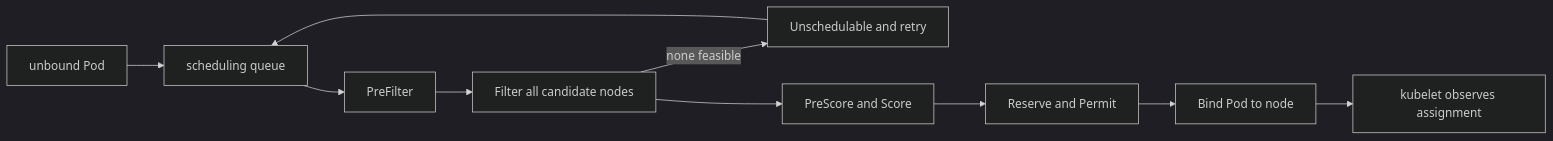
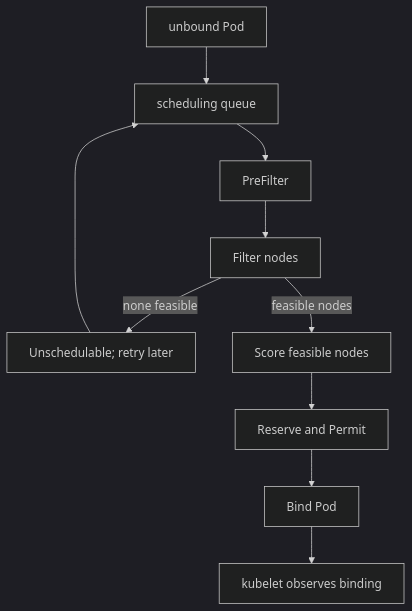
The diagram in core/k8s/scheduling.md (searge/deck), drawn with Mermaid (dark theme) before and after one commit. The commit also changed 27 other files, not shown here.

````diff
--- a/core/k8s/scheduling.md
+++ b/core/k8s/scheduling.md
@@ -32,12 +32,12 @@
 ```mermaid
-flowchart LR
+flowchart TB
     P[unbound Pod] --> Q[scheduling queue]
     Q --> PF[PreFilter]
-    PF --> F[Filter all candidate nodes]
-    F -->|none feasible| U[Unschedulable and retry]
-    F --> S[PreScore and Score]
+    PF --> F[Filter nodes]
+    F -->|none feasible| U[Unschedulable; retry later]
+    F -->|feasible nodes| S[Score feasible nodes]
     S --> R[Reserve and Permit]
-    R --> B[Bind Pod to node]
-    B --> K[kubelet observes assignment]
+    R --> B[Bind Pod]
+    B --> K[kubelet observes binding]
     U --> Q
 ```
````
